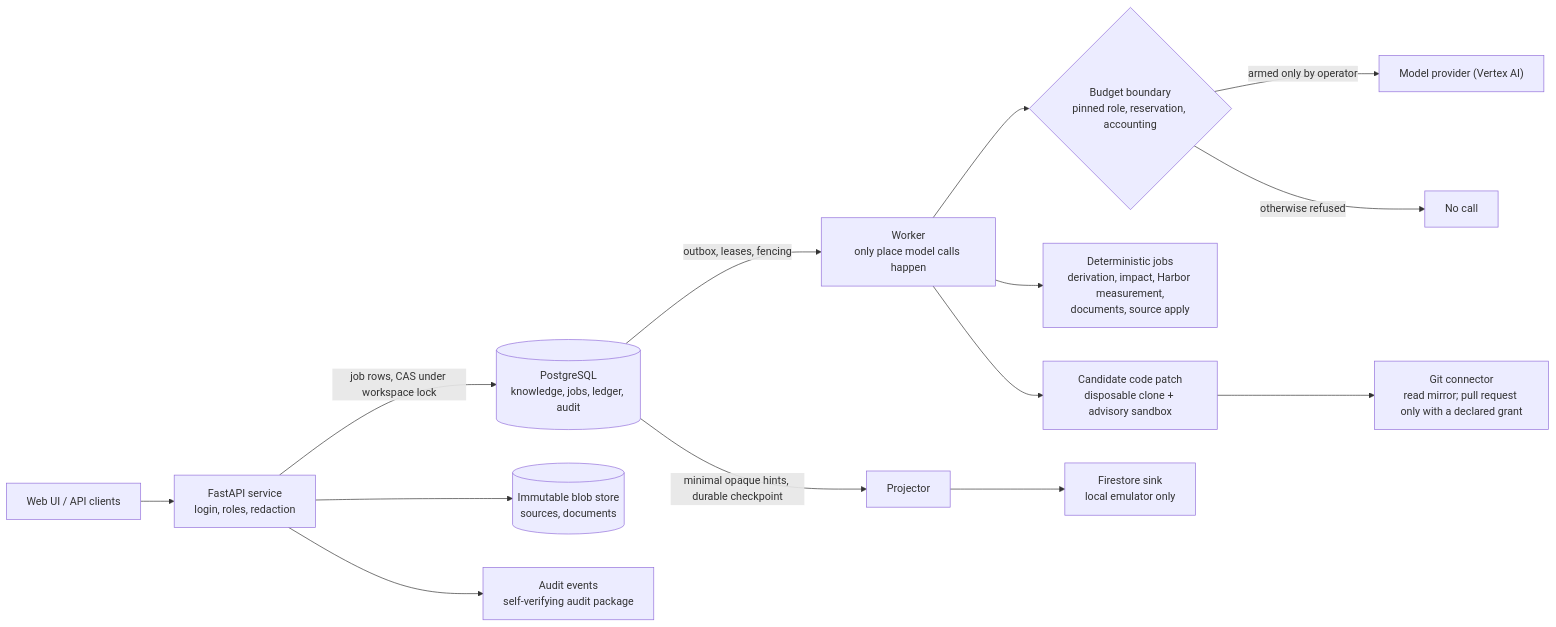
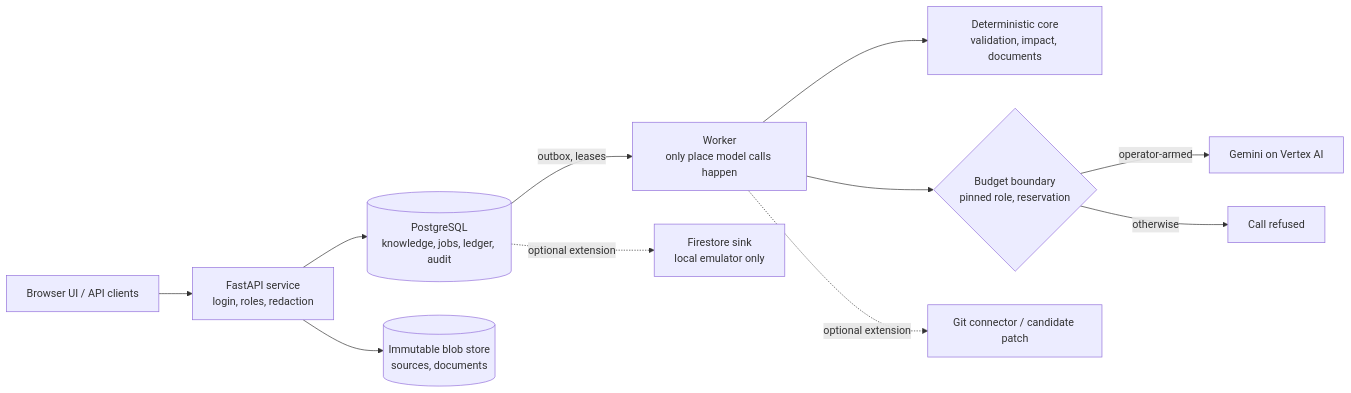
Before and after one commit to francisnguyenanh/Ripple-finale: the second of 2 diagrams in README.md, drawn with Mermaid. The commit also changed other lines of this file and 1 other file, not shown here.

Commit message:
Update README to a self-contained judge-facing presentation; refresh manifest to the new source snapshot

````diff
--- a/README.md
+++ b/README.md
@@ -92,15 +174,13 @@
 ```mermaid
 flowchart LR
-  UI["Web UI / API clients"] --> API["FastAPI service\nlogin, roles, redaction"]
-  API -->|"job rows, CAS under workspace lock"| DB[("PostgreSQL\nknowledge, jobs, ledger, audit")]
-  API --> BLOB[("Immutable blob store\nsources, documents")]
-  DB -->|"outbox, leases, fencing"| W["Worker\nonly place model calls happen"]
-  W --> B{"Budget boundary\npinned role, reservation, accounting"}
-  B -->|"armed only by operator"| M["Model provider (Vertex AI)"]
-  B -->|"otherwise refused"| X["No call"]
-  W --> DET["Deterministic jobs\nderivation, impact, Harbor measurement,\ndocuments, source apply"]
-  W --> SBX["Candidate code patch\ndisposable clone + advisory sandbox"]
-  SBX --> GIT["Git connector\nread mirror; pull request only with a declared grant"]
-  DB -->|"minimal opaque hints, durable checkpoint"| PRJ["Projector"] --> FS["Firestore sink\nlocal emulator only"]
-  API --> AUD["Audit events\nself-verifying audit package"]
+  UI["Browser UI / API clients"] --> API["FastAPI service<br/>login, roles, redaction"]
+  API --> DB[("PostgreSQL<br/>knowledge, jobs, ledger, audit")]
+  API --> BLOB[("Immutable blob store<br/>sources, documents")]
+  DB -->|"outbox, leases"| W["Worker<br/>only place model calls happen"]
+  W --> CORE["Deterministic core<br/>validation, impact, documents"]
+  W --> B{"Budget boundary<br/>pinned role, reservation"}
+  B -->|"operator-armed"| M["Gemini on Vertex AI"]
+  B -->|"otherwise"| X["Call refused"]
+  W -.->|"optional extension"| GIT["Git connector / candidate patch"]
+  DB -.->|"optional extension"| FS["Firestore sink<br/>local emulator only"]
 ```
````
